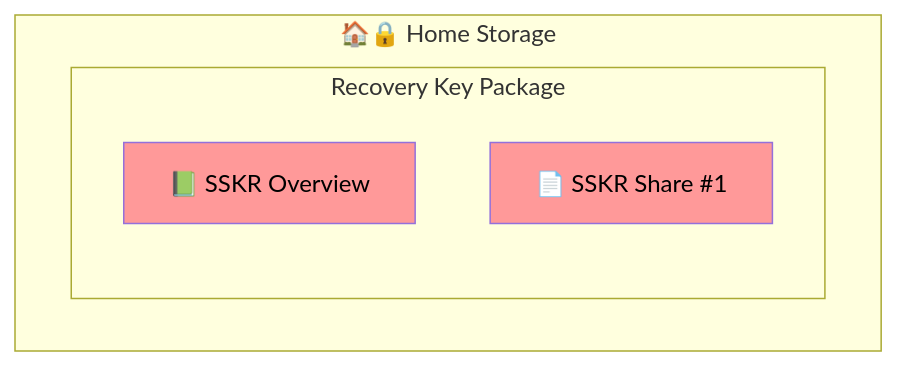
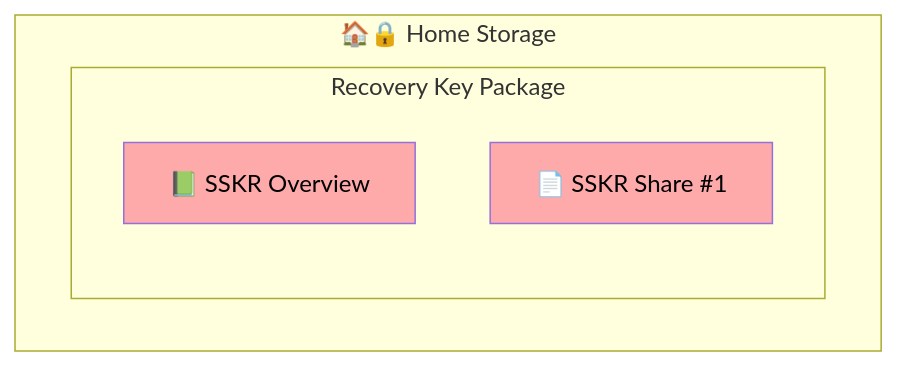
Before and after one commit to BlockchainCommons/SmartCustody: diagram 15 of 27 in Docs/Scenario-Multisig.md, drawn with Mermaid. The commit also changed other lines of this file, not shown here.

````diff
--- a/Docs/Scenario-Multisig.md
+++ b/Docs/Scenario-Multisig.md
@@ -556,11 +556,11 @@
     ```mermaid
     graph TD
     subgraph home["🏠🔒 Home Storage"]
       subgraph "Recovery Key Package"
       A["📗 SSKR Overview"]
       B["📄 SSKR Share #1"]
       end
     end
-    style A color:#000,fill:#ff9999;
-    style B color:#000,fill:#ff9999;
+    style A color:#000,fill:#ffaaaa;
+    style B color:#000,fill:#ffaaaa;
     ```
````
